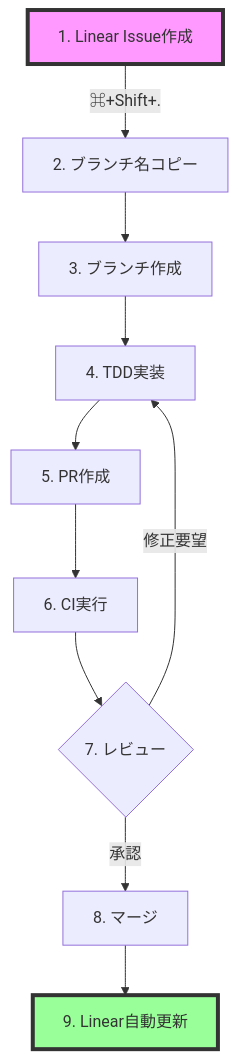
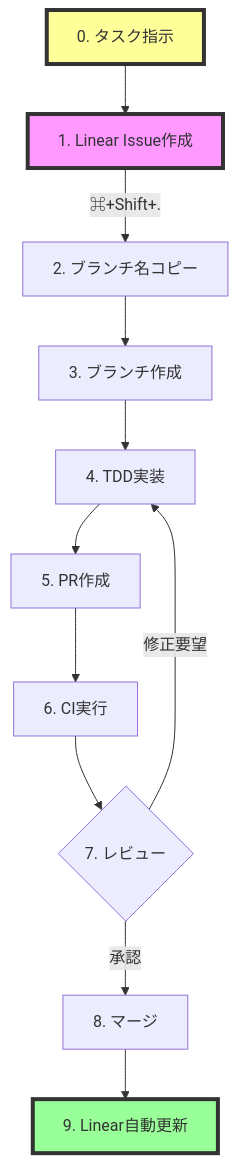
Before and after one commit to hamaup/sample-todo: the diagram in docs/linear-github-claude-workflow.md, drawn with Mermaid. The commit also changed other lines of this file and 2 other files, not shown here.

First line of the commit message:
docs: ワークフローを更新 - Claude が Linear Issue も作成

````diff
--- a/docs/linear-github-claude-workflow.md
+++ b/docs/linear-github-claude-workflow.md
@@ -14,15 +14,17 @@
 ```mermaid
 graph TD
-    A[1. Linear Issue作成] -->|⌘+Shift+.| B[2. ブランチ名コピー]
+    A0[0. タスク指示] --> A[1. Linear Issue作成]
+    A -->|⌘+Shift+.| B[2. ブランチ名コピー]
     B --> C[3. ブランチ作成]
     C --> D[4. TDD実装]
     D --> E[5. PR作成]
     E --> F[6. CI実行]
     F --> G{7. レビュー}
     G -->|承認| H[8. マージ]
     G -->|修正要望| D
     H --> I[9. Linear自動更新]
     
+    style A0 fill:#ff9,stroke:#333,stroke-width:4px
     style A fill:#f9f,stroke:#333,stroke-width:4px
     style I fill:#9f9,stroke:#333,stroke-width:4px
 ```
````
